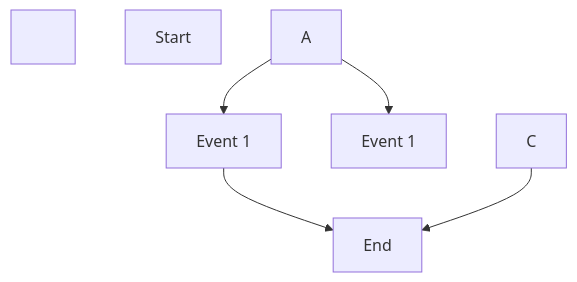
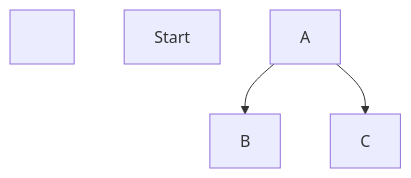
The diagram in README.md (LbsLundAW/DiceGame-Examples), drawn with Mermaid before and after one commit.

````diff
--- a/README.md
+++ b/README.md
@@ -7,15 +7,11 @@
 ```mermaid
 
 flowchart TD
 
-&nbsp;	A\[Start]
+&nbsp;	A\["Start"]
 
-&nbsp;	A-->B\[Event 1]
+&nbsp;	A-->B
 
-&nbsp;	A-->C\[Event 1]
-
-&nbsp;	B\[Event 1]-->D\[End]
-
-&nbsp;	C-->D\[End]
+&nbsp;	A-->C
 
 ```
````
